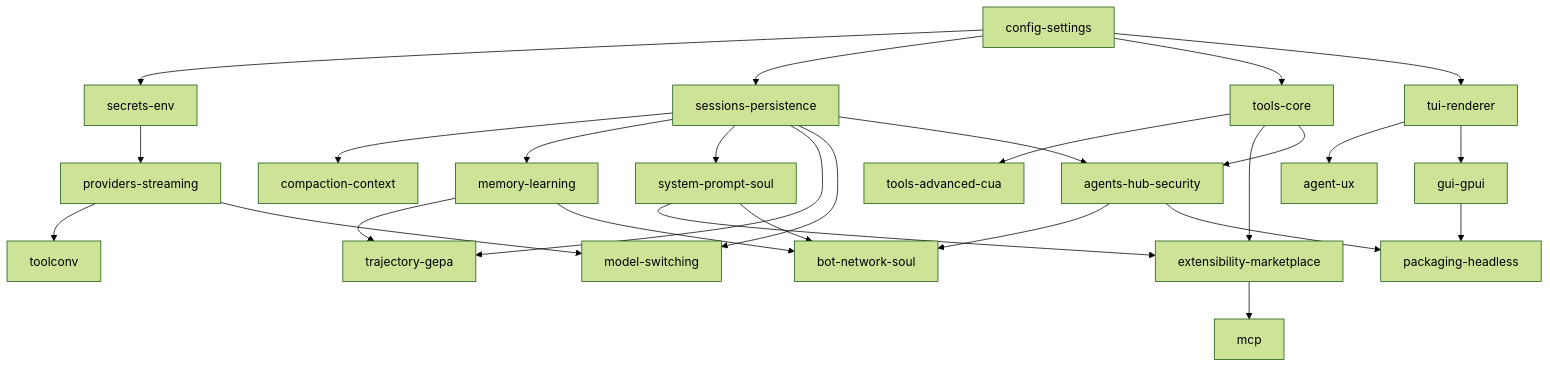
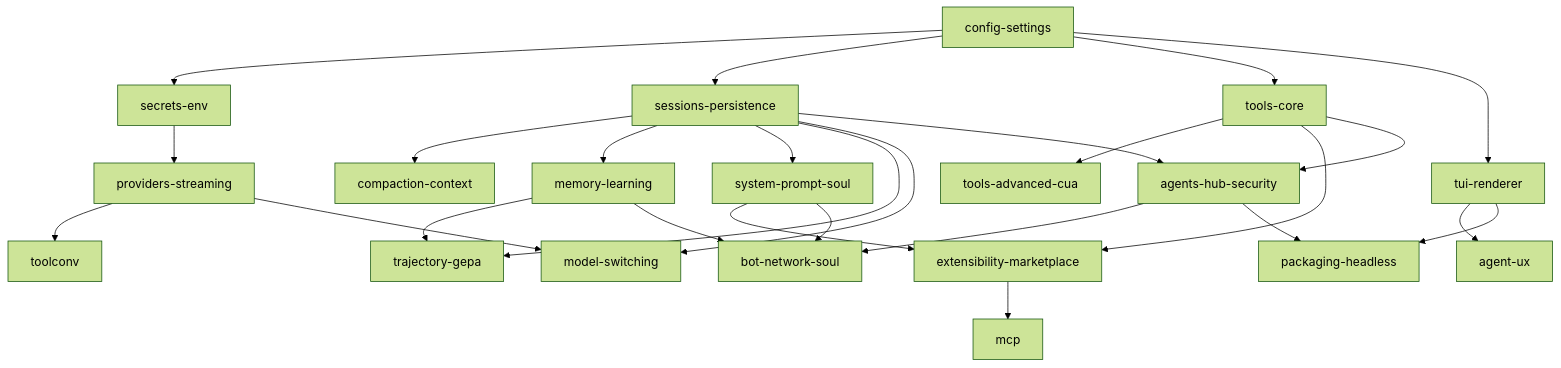
One commit to robertt3kuk/titi changed the diagram in docs/research/README.md. Above: the diagram before and after it, drawn with Mermaid (forest theme). The commit also changed other lines of this file and 7 other files, not shown here.

````diff
--- a/docs/research/README.md
+++ b/docs/research/README.md
@@ -56,29 +56,28 @@
 ```mermaid
 graph TD
     CFG[config-settings] --> SEC[secrets-env]
     CFG --> SES[sessions-persistence]
     SEC --> PRO[providers-streaming]
     SES --> COM[compaction-context]
     SES --> MEM[memory-learning]
     SES --> SPS[system-prompt-soul]
     SES --> TRJ[trajectory-gepa]
     MEM --> TRJ
     PRO --> TC[toolconv]
     PRO --> MSW[model-switching]
     SES --> MSW
     CFG --> TCO[tools-core]
     TCO --> TAD[tools-advanced-cua]
     TCO --> EXT[extensibility-marketplace]
     SPS --> EXT
     EXT --> MCP[mcp]
     SES --> AHS[agents-hub-security]
     TCO --> AHS
     AHS --> BNS[bot-network-soul]
     MEM --> BNS
     SPS --> BNS
     CFG --> TUI[tui-renderer]
     TUI --> AUX[agent-ux]
-    TUI --> GUI[gui-gpui]
     AHS --> PAK[packaging-headless]
-    GUI --> PAK
+    TUI --> PAK
 ```
````
